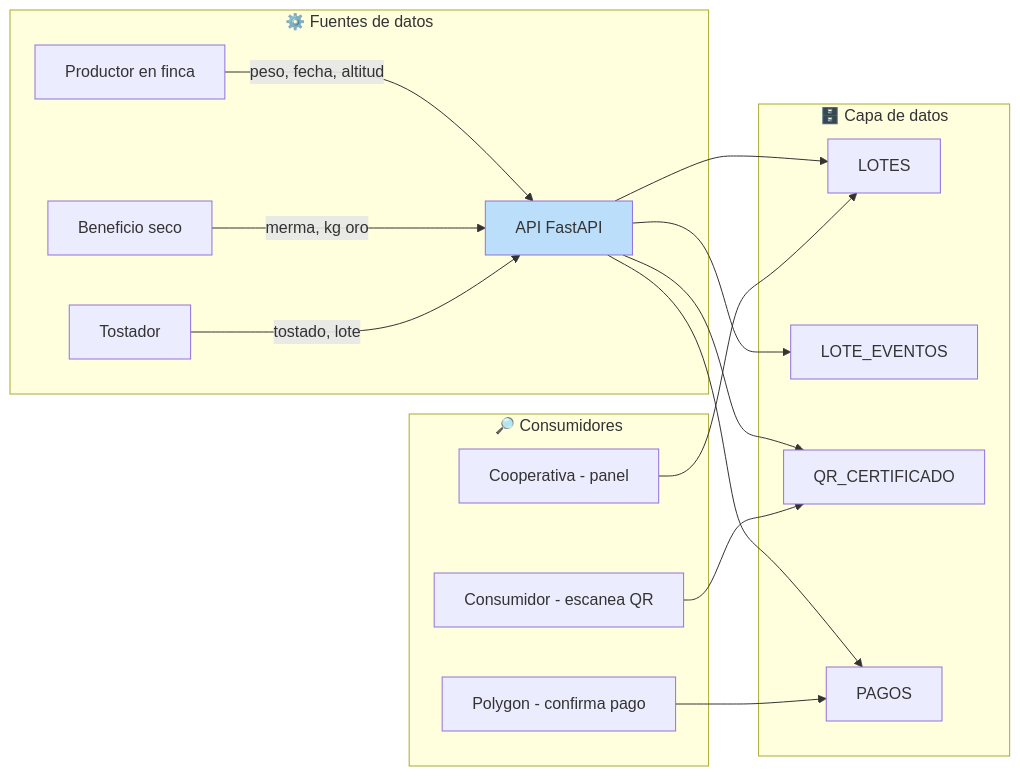
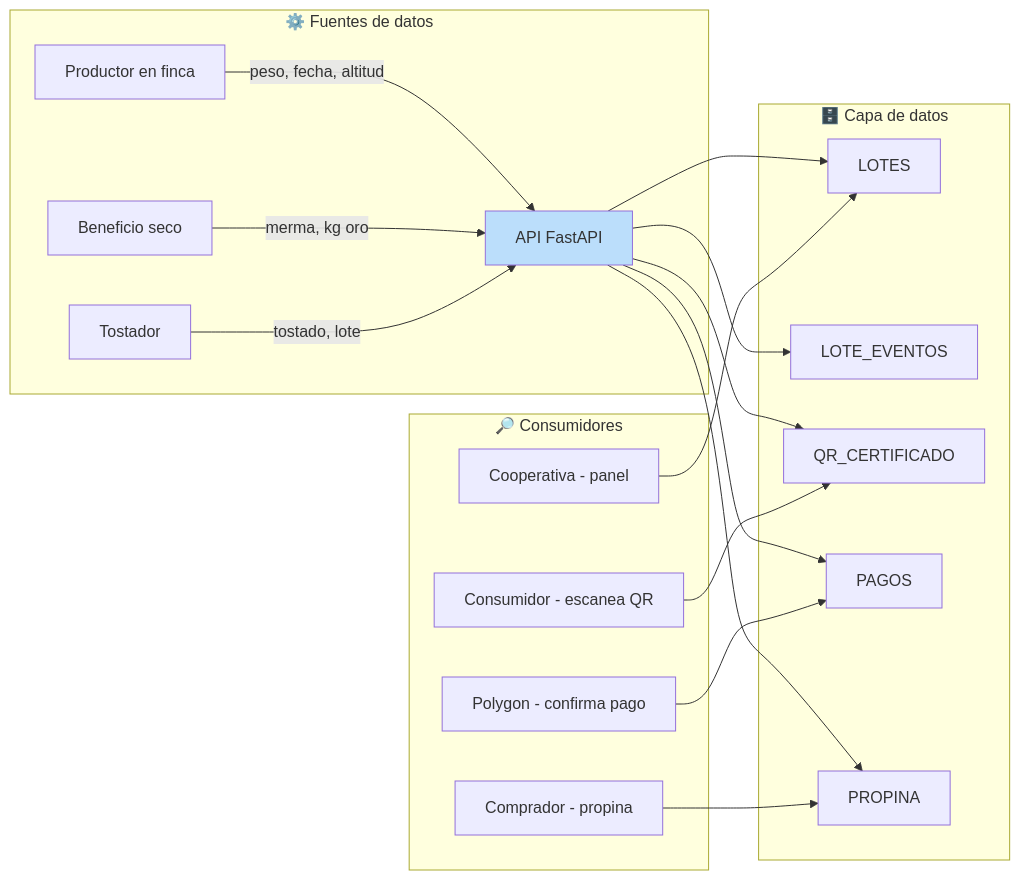
One commit to FerLpz55/BeanTrust changed the fifth of 13 diagrams in docs/ARCHITECTURE.md. Above: the diagram before and after it, drawn with Mermaid. The commit also changed other lines of this file and 93 other files, not shown here.

````diff
--- a/docs/ARCHITECTURE.md
+++ b/docs/ARCHITECTURE.md
@@ -508,24 +586,26 @@
 ```mermaid
 flowchart LR
     subgraph Fuentes["⚙️ Fuentes de datos"]
         A1[Productor en finca] -->|peso, fecha, altitud| A
         A2[Beneficio seco] -->|merma, kg oro| A
         A3[Tostador] -->|tostado, lote| A
     end
 
     subgraph Almacen [🗄️ Capa de datos]
         A[API FastAPI]
         A --> LOT[LOTES]
         A --> EVEN[LOTE_EVENTOS]
         A --> QR[QR_CERTIFICADO]
         A --> PAG[PAGOS]
+        A --> PROP[PROPINA]
     end
 
     subgraph Consumidor [🔎 Consumidores]
         B1[Cooperativa - panel] --> LOT
         B2[Consumidor - escanea QR] --> QR
-        B3[Polygon - confirma pago] --> PAG
+        B3[Comprador - propina] --> PROP
+        B4[Polygon - confirma pago] --> PAG
     end
 
     style A fill:#bbdefb
 ```
````
